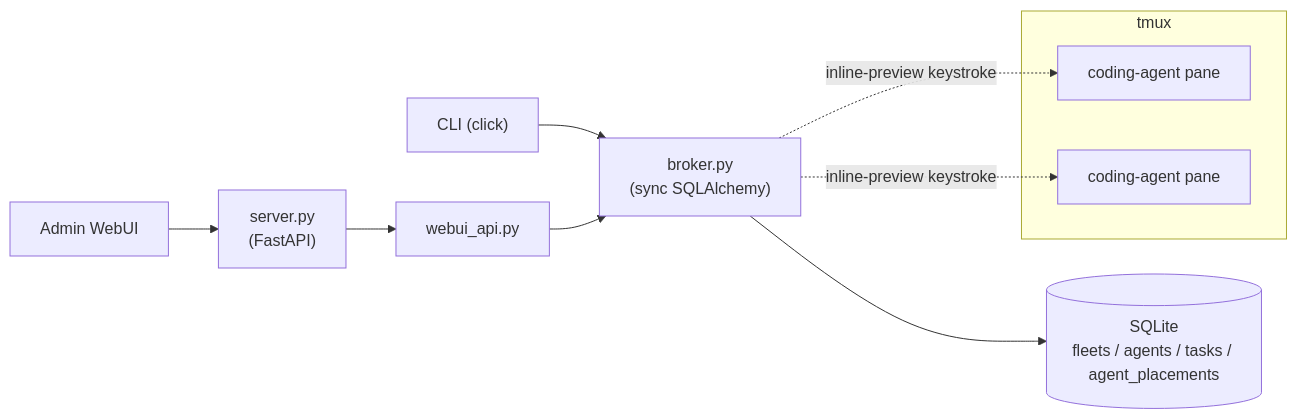
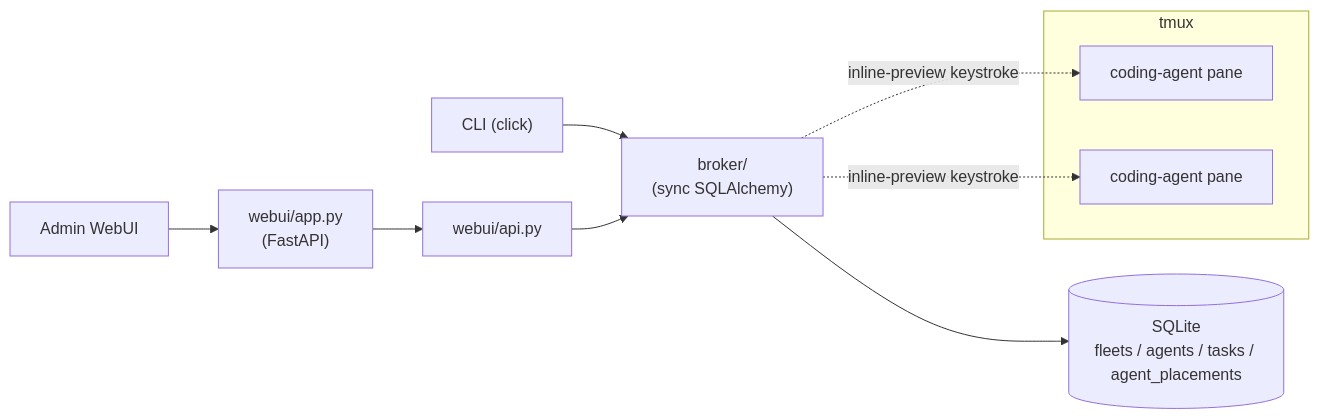
The diagram in docs/concepts/overview.md (himkt/cafleet), drawn with Mermaid before and after one commit. The commit also changed other lines of this file and 7 other files, not shown here.

````diff
--- a/docs/concepts/overview.md
+++ b/docs/concepts/overview.md
@@ -31,15 +31,15 @@
 ```mermaid
 %%{init: {'theme': 'default', 'themeVariables': {'fontSize': '16px'}}}%%
 flowchart LR
-    CLI["CLI (click)"] --> Broker["broker.py<br/>(sync SQLAlchemy)"]
-    WebUI["Admin WebUI"] --> Server["server.py<br/>(FastAPI)"]
-    Server --> WebUIAPI["webui_api.py"]
+    CLI["CLI (click)"] --> Broker["broker/<br/>(sync SQLAlchemy)"]
+    WebUI["Admin WebUI"] --> Server["webui/app.py<br/>(FastAPI)"]
+    Server --> WebUIAPI["webui/api.py"]
     WebUIAPI --> Broker
     Broker --> DB[(SQLite<br/>fleets / agents / tasks / agent_placements)]
     subgraph Multiplexer["tmux"]
         PaneA["coding-agent pane"]
         PaneB["coding-agent pane"]
     end
     Broker -. inline-preview keystroke .-> PaneA
     Broker -. inline-preview keystroke .-> PaneB
 ```
````
